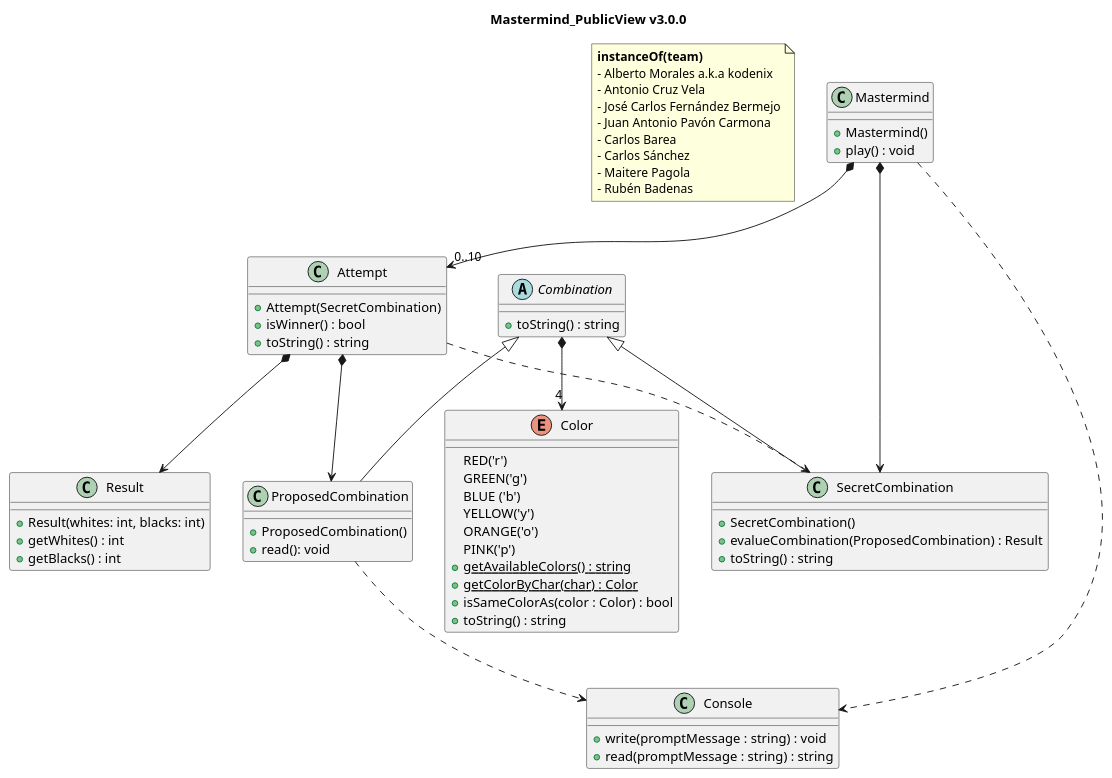
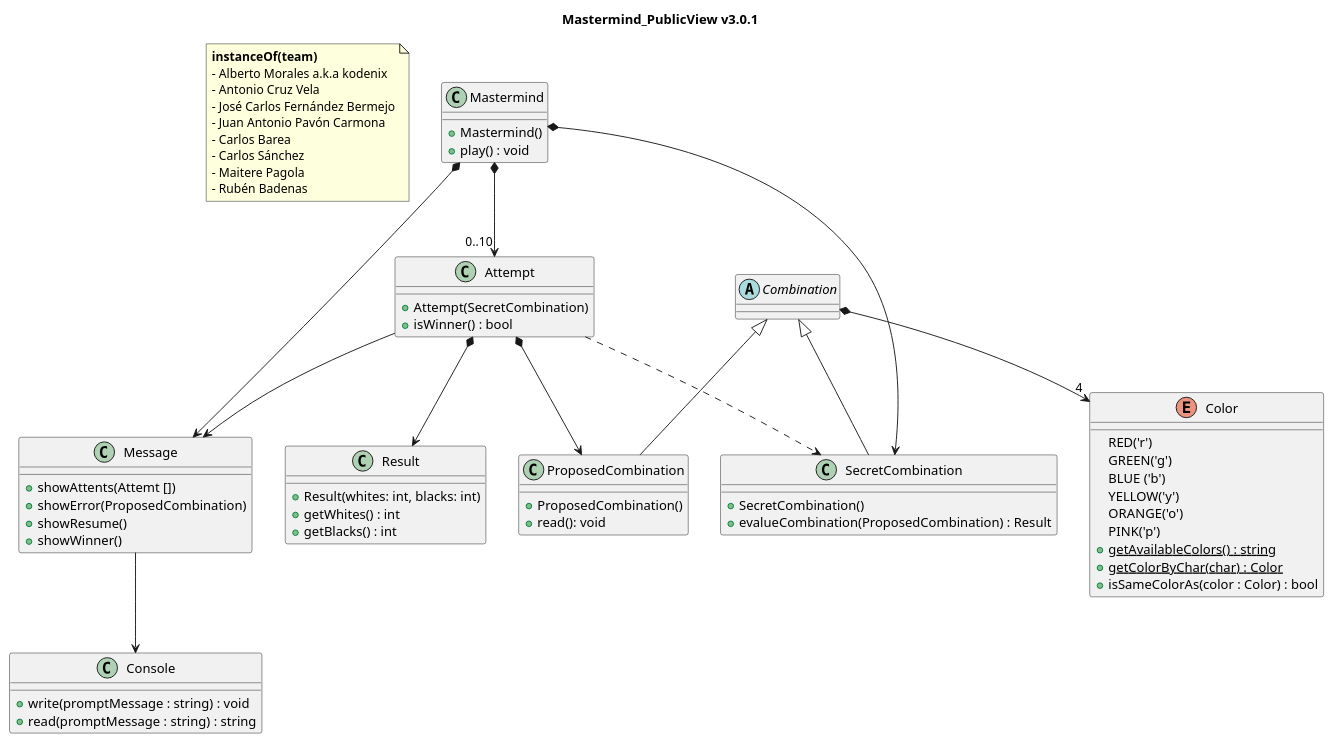
One commit to InstanceOfTeam/doo-task01-mastermind changed the diagram in mastermind.puml. Above: the diagram before and after it, drawn with PlantUML. The commit also changed 1 other file, not shown here.

Commit message:
Add Class Message

```diff
--- a/mastermind.puml
+++ b/mastermind.puml
@@ -1,85 +1,91 @@
-@startuml Mastermind_PublicView_v3_0_0
+@startuml Mastermind_PublicView_v3_0_1
 
-title Mastermind_PublicView v3.0.0
+title Mastermind_PublicView v3.0.1
 
 note as N1
   <b>instanceOf(team)</b>
   - Alberto Morales a.k.a kodenix
   - Antonio Cruz Vela
   - José Carlos Fernández Bermejo
   - Juan Antonio Pavón Carmona
   - Carlos Barea
   - Carlos Sánchez
   - Maitere Pagola
   - Rubén Badenas
 end note
 
 
 class Mastermind {
     +Mastermind()
     +play() : void
 }
 
 class Attempt{
     +Attempt(SecretCombination)
     +isWinner() : bool
-    +toString() : string
 }
 
 
 class Result{
     +Result(whites: int, blacks: int)
     +getWhites() : int
     +getBlacks() : int
 }
 
 enum Color{
     RED('r')
     GREEN('g')
     BLUE ('b')
     YELLOW('y')
     ORANGE('o')
     PINK('p')
     +{static} getAvailableColors() : string
     +{static} getColorByChar(char) : Color
     +isSameColorAs(color : Color) : bool
-    +toString() : string
 }
 
 abstract class Combination{
-    +toString() : string
 }
 
 class SecretCombination{
     +SecretCombination()
     +evalueCombination(ProposedCombination) : Result
-    +toString() : string
 }
 
 class ProposedCombination{
     +ProposedCombination()
     +read(): void
 }
 
 class Console{
     +write(promptMessage : string) : void
     +read(promptMessage : string) : string
 }
 
+Class Message {
+    +showAttents(Attemt [])
+    +showError(ProposedCombination)
+    +showResume()
+    +showWinner()
+}
+
 
 
 Mastermind *--> SecretCombination
 Mastermind *--> "0..10" Attempt
+Mastermind *-down-> Message
 
 Combination ^-- SecretCombination
 Combination ^-- ProposedCombination
 Combination *--> "4" Color
 
 Attempt *--> ProposedCombination
 Attempt *--> Result
 Attempt ..> SecretCombination
 
-Mastermind ..> Console
-ProposedCombination ..> Console
+Attempt --> Message
+
+Message --> Console
+
 
 @enduml
```
